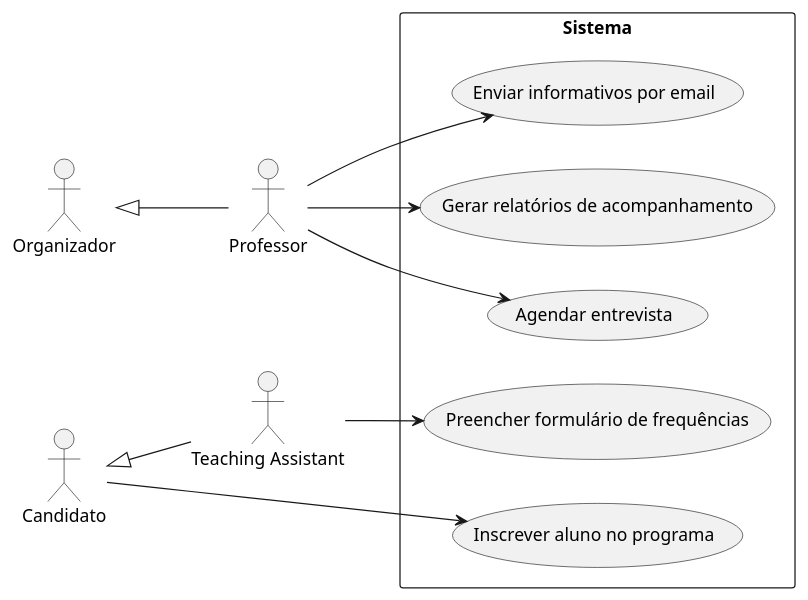
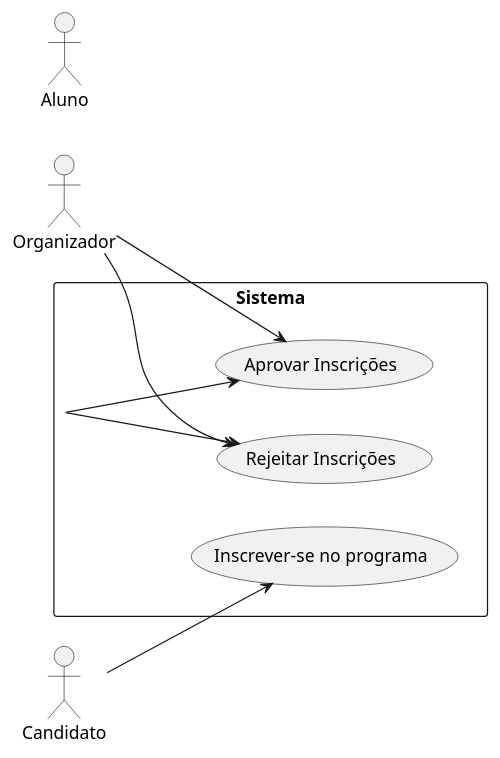
One commit to Projetos-de-Extensao/PBE_25.2_8004_Pioneiros changed the diagram in Elaboracao/diagramaDeUC.wsd. Above: the diagram before and after it, drawn with PlantUML. The commit also changed 55 other files, not shown here.

```diff
--- a/Elaboracao/diagramaDeUC.wsd
+++ b/Elaboracao/diagramaDeUC.wsd
@@ -1,30 +1,25 @@
 @startuml DiagramaUC
 ' Define a direção do diagrama da esquerda para a direita
 left to right direction
 
 ' Atores
 actor Organizador
-actor Professor
-actor Candidato
-actor "Teaching Assistant" as TA
+actor Aluno
+actor Sistema
 
 ' Casos de Uso
 rectangle Sistema {
   ' Casos de uso
-  usecase "Agendar entrevista" as UC1
-  usecase "Enviar informativos por email" as UC2
-  usecase "Gerar relatórios de acompanhamento" as UC3
-  usecase "Inscrever aluno no programa" as UC4
-  usecase "Preencher formulário de frequências" as UC5
+  usecase "Aprovar Inscrições" as UC1
+  usecase "Rejeitar Inscrições" as UC2
+  usecase "Inscrever-se no programa" as UC3
 }
 
 ' Relações
-Professor --> UC1
-Professor --> UC2
-Professor --> UC3
-Candidato --> UC4
-TA --> UC5
-Organizador <|-- Professor
-Candidato <|-- TA
+Organizador --> UC1
+Organizador --> UC2
+Sistema --> UC2
+Sistema --> UC1
+Candidato --> UC3
 
 @enduml
```
